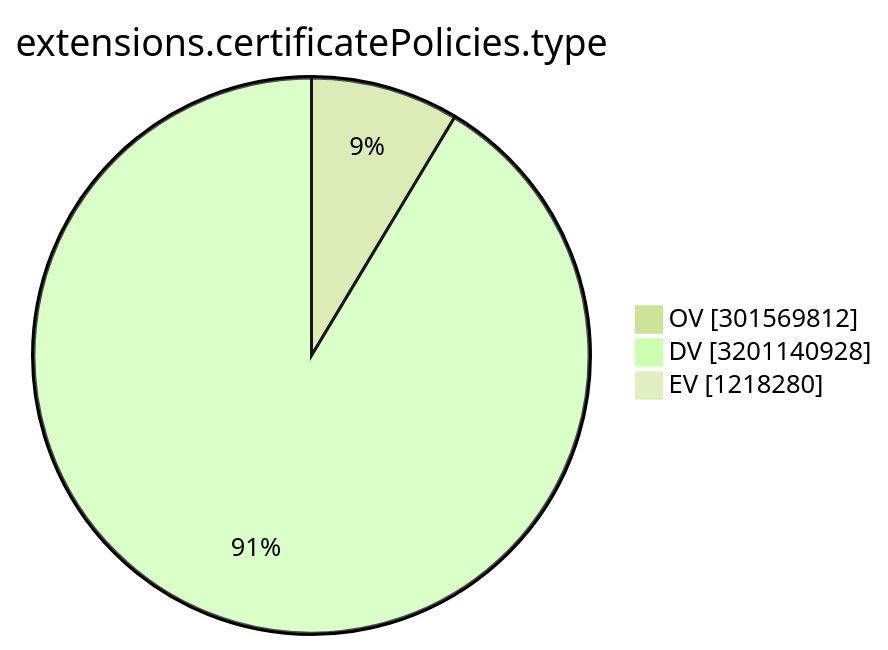
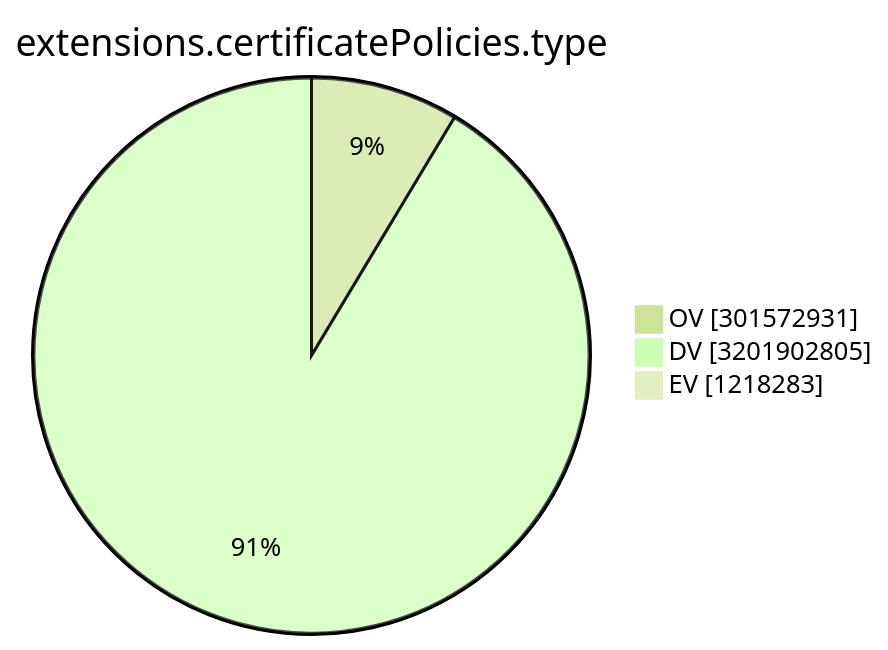
The ninth of 15 diagrams in TOTAL/README.md (christiankrug/ctmonitor_visualization), drawn with Mermaid (forest theme) before and after one commit. The commit also changed other lines of this file, not shown here.

````diff
--- a/TOTAL/README.md
+++ b/TOTAL/README.md
@@ -3106,7 +3106,7 @@
 ```mermaid
 pie showData
 title extensions.certificatePolicies.type
-"OV" :301569812
-"DV" :3201140928
-"EV" :1218280
+"OV" :301572931
+"DV" :3201902805
+"EV" :1218283
 ```
````
